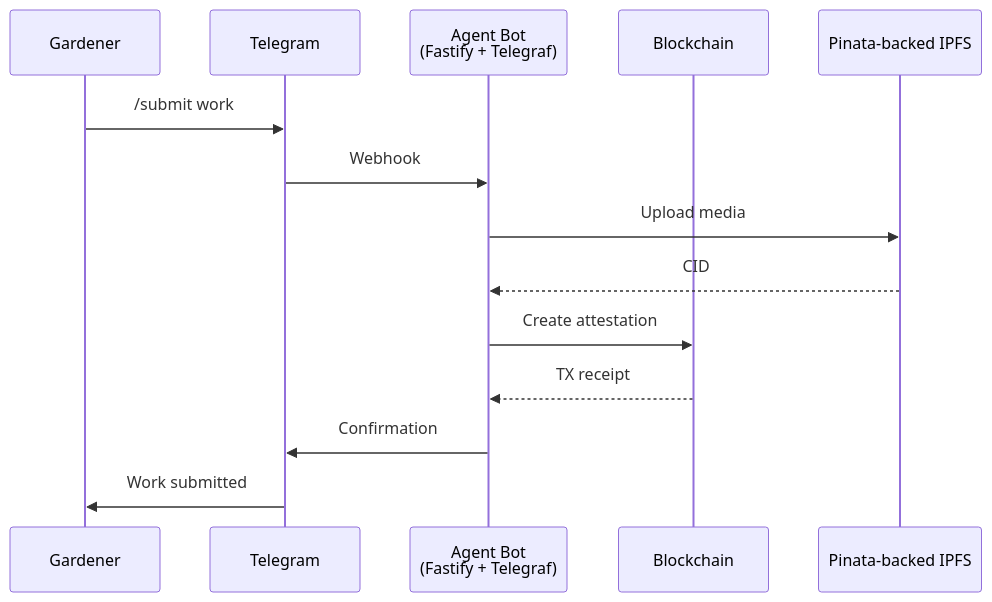
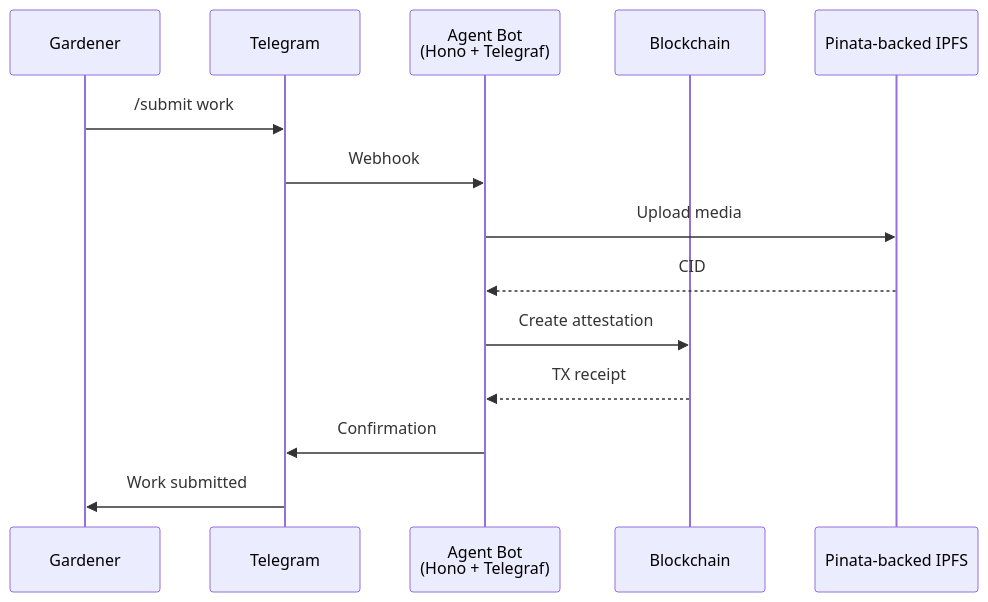
Before and after one commit to greenpill-dev-guild/green-goods: the diagram in docs/docs/builders/packages/agent.mdx, drawn with Mermaid. The commit also changed other lines of this file and 33 other files, not shown here.

````diff
--- a/docs/docs/builders/packages/agent.mdx
+++ b/docs/docs/builders/packages/agent.mdx
@@ -22,17 +22,17 @@
 ```mermaid
 sequenceDiagram
     participant G as Gardener
     participant TG as Telegram
-    participant Bot as Agent Bot<br/>(Fastify + Telegraf)
+    participant Bot as Agent Bot<br/>(Hono + Telegraf)
     participant Chain as Blockchain
     participant IPFS as Pinata-backed IPFS
 
     G->>TG: /submit work
     TG->>Bot: Webhook
     Bot->>IPFS: Upload media
     IPFS-->>Bot: CID
     Bot->>Chain: Create attestation
     Chain-->>Bot: TX receipt
     Bot->>TG: Confirmation
     TG->>G: Work submitted
 ```
````
